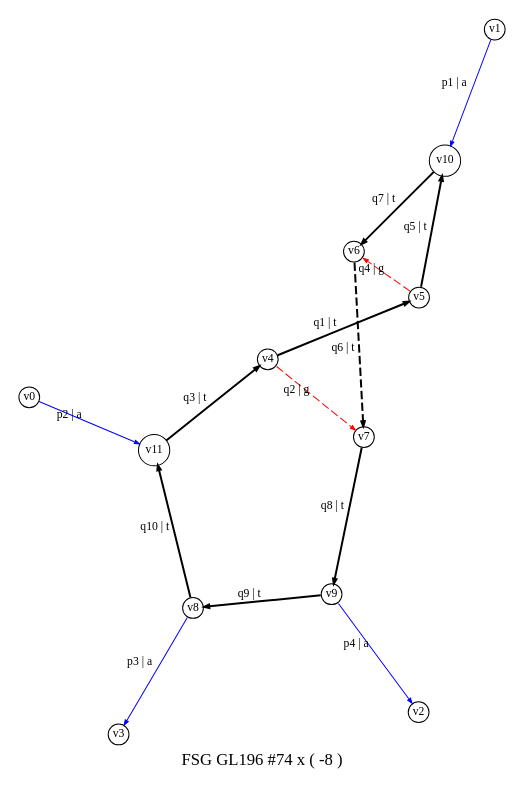
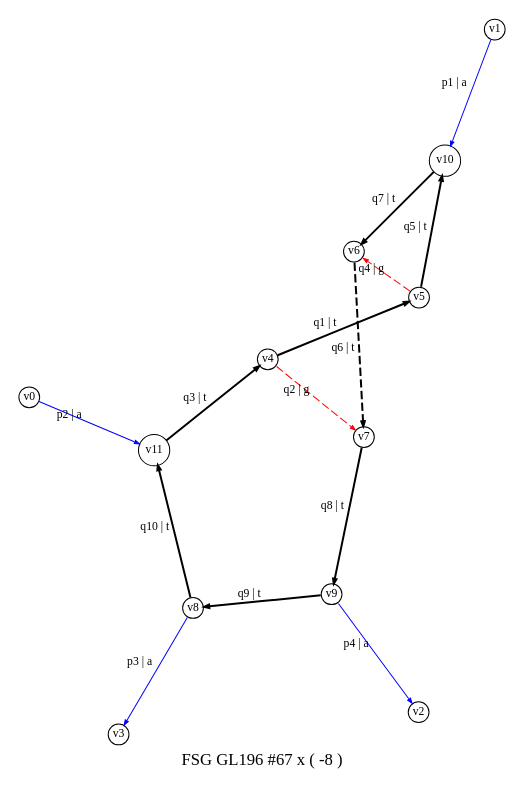
One commit to alphal00p/alphaLoopMisc changed the diagram in aa_ttx/SupplementaryMaterial/drawings/GL196.dot. Above: the diagram before and after it, drawn with Graphviz. The commit also changed 139 other files, not shown here.

```diff
--- a/aa_ttx/SupplementaryMaterial/drawings/GL196.dot
+++ b/aa_ttx/SupplementaryMaterial/drawings/GL196.dot
@@ -1,25 +1,25 @@
 digraph dot_74_0_GL196 {
-label="FSG GL196 #74 x ( -8 )";
+label="FSG GL196 #67 x ( -8 )";
 noverlap="scale"; layout="neato";
 graph [ 
 overall_factor="NumeratorDependentGrouping(196,1,AntiFermionSpinSumSign(1)*AutG(1)^-1*ExternalFermionOrderingSign(1)*InternalFermionLoopSign(-1)*NumeratorIndependentSymmetryGrouping(4))+NumeratorDependentGrouping(197,1,AntiFermionSpinSumSign(1)*AutG(1)^-1*ExternalFermionOrderingSign(1)*InternalFermionLoopSign(-1)*NumeratorIndependentSymmetryGrouping(4))",
 overall_factor_evaluated="-8",
 fontsize=10,ratio=1.5
  ];
 node [ fontsize=7,shape=circle,margin=0,height=0.01,penwidth=0.6 ];
 edge [ fontsize=7,arrowsize=0.3,penwidth=0.6 ];
 "v1" -> "v10" [label="p1 | a",color="blue",penwidth="0.6",style="solid"];
 "v0" -> "v11" [label="p2 | a",color="blue",penwidth="0.6",style="solid"];
 "v8" -> "v3" [label="p3 | a",color="blue",penwidth="0.6",style="solid"];
 "v9" -> "v2" [label="p4 | a",color="blue",penwidth="0.6",style="solid"];
 "v4" -> "v5" [label="q1 | t",color="black",penwidth="1.2",style="solid"];
 "v4" -> "v7" [label="q2 | g",color="red",penwidth="0.6",style="dashed"];
 "v11" -> "v4" [label="q3 | t",color="black",penwidth="1.2",style="solid"];
 "v5" -> "v6" [label="q4 | g",color="red",penwidth="0.6",style="dashed"];
 "v5" -> "v10" [label="q5 | t",color="black",penwidth="1.2",style="solid"];
 "v6" -> "v7" [label="q6 | t",color="black",penwidth="1.2",style="dashed"];
 "v10" -> "v6" [label="q7 | t",color="black",penwidth="1.2",style="solid"];
 "v7" -> "v9" [label="q8 | t",color="black",penwidth="1.2",style="solid"];
 "v9" -> "v8" [label="q9 | t",color="black",penwidth="1.2",style="solid"];
 "v8" -> "v11" [label="q10 | t",color="black",penwidth="1.2",style="solid"];
 }
```
